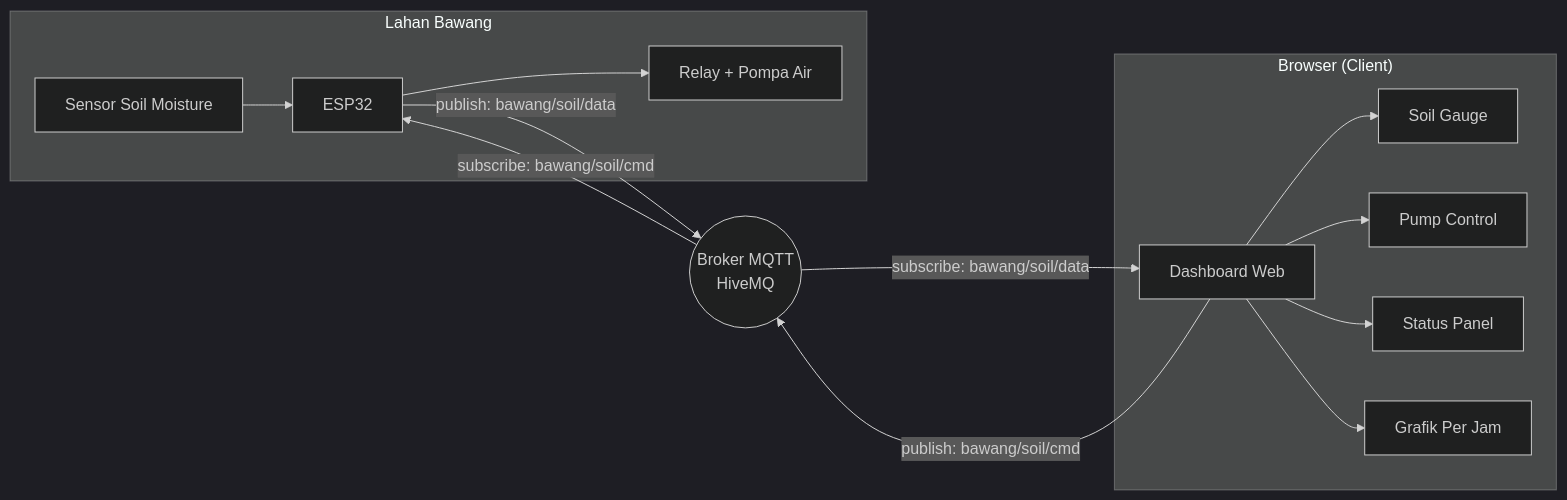
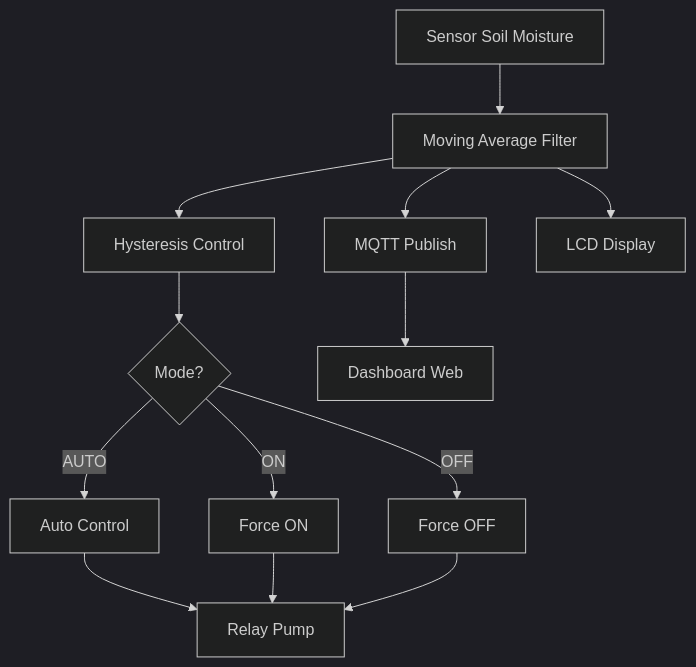
One commit to ficrammanifur/monitoring-bawang changed the first of 2 diagrams in README.md. Above: the diagram before and after it, drawn with Mermaid (dark theme). The commit also changed other lines of this file, not shown here.

````diff
--- a/README.md
+++ b/README.md
@@ -41,19 +73,15 @@
 ```mermaid
-flowchart LR
-    subgraph Field["Lahan Bawang"]
-        S[Sensor Soil Moisture] --> E[ESP32]
-        E --> R[Relay + Pompa Air]
-    end
-
-    E -- "publish: bawang/soil/data" --> B((Broker MQTT<br/>HiveMQ))
-    B -- "subscribe: bawang/soil/data" --> W[Dashboard Web]
-    W -- "publish: bawang/soil/cmd" --> B
-    B -- "subscribe: bawang/soil/cmd" --> E
-
-    subgraph Browser["Browser (Client)"]
-        W --> UI1[Soil Gauge]
-        W --> UI2[Pump Control]
-        W --> UI3[Status Panel]
-        W --> UI4[Grafik Per Jam]
-    end
+graph TD
+    A[Sensor Soil Moisture] --> B[Moving Average Filter]
+    B --> C[Hysteresis Control]
+    C --> D{Mode?}
+    D -->|AUTO| E[Auto Control]
+    D -->|ON| F[Force ON]
+    D -->|OFF| G[Force OFF]
+    E --> H[Relay Pump]
+    F --> H
+    G --> H
+    B --> I[MQTT Publish]
+    B --> J[LCD Display]
+    I --> K[Dashboard Web]
 ```
````
